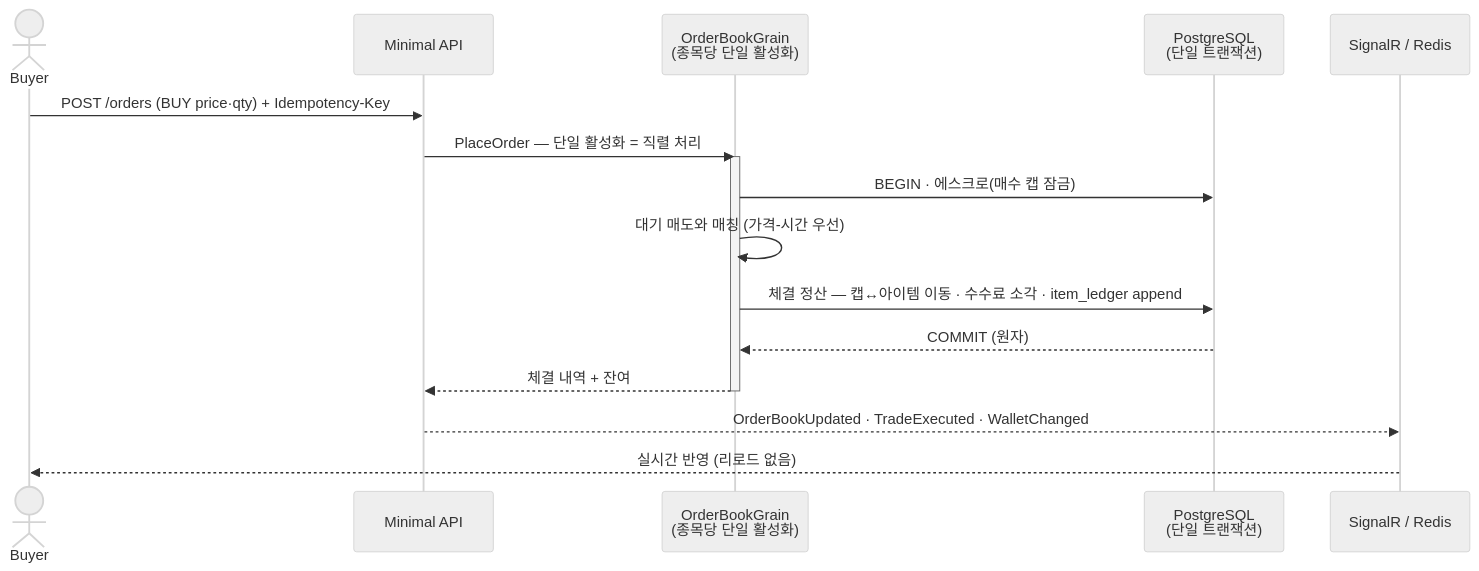
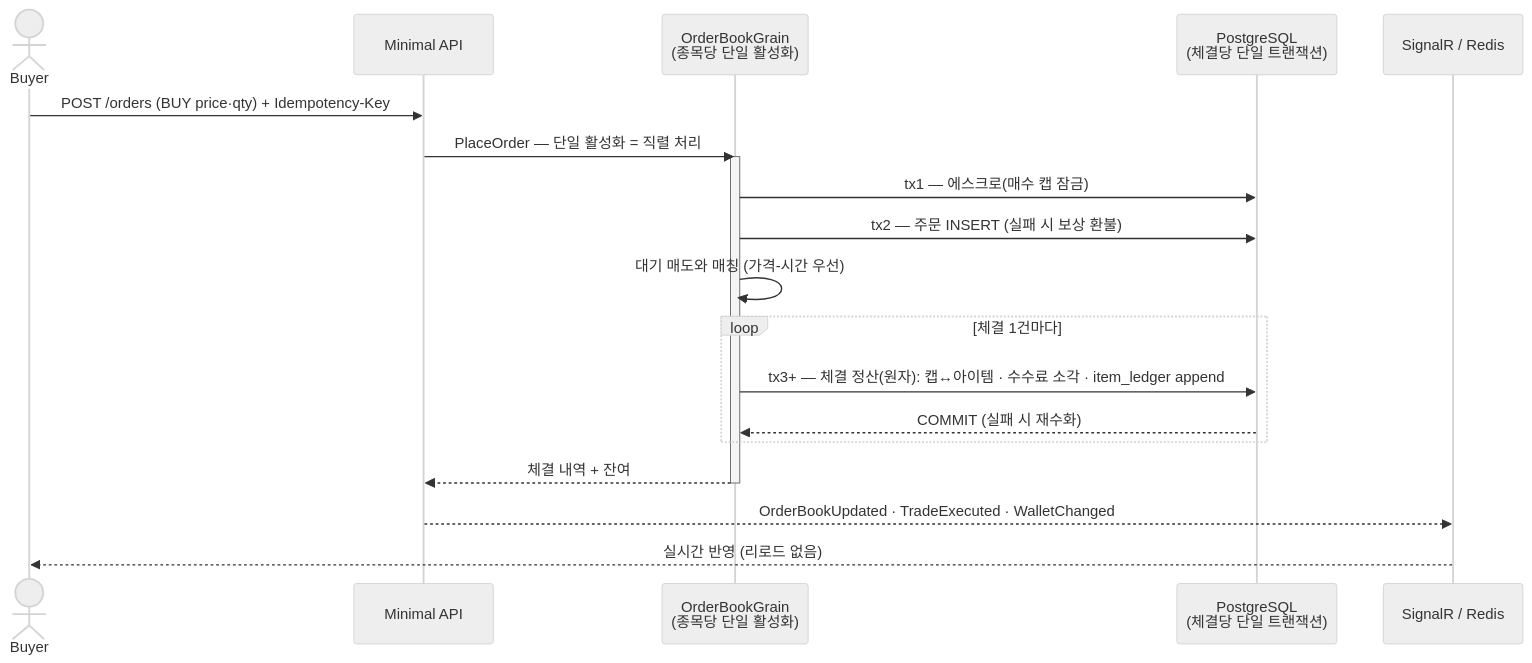
The second of 4 diagrams in README.md (HanHyunsoo/ItemMarket), drawn with Mermaid (neutral theme) before and after one commit. The commit also changed other lines of this file, not shown here.

````diff
--- a/README.md
+++ b/README.md
@@ -111,20 +119,23 @@
 ```mermaid
 sequenceDiagram
   actor Buyer
   participant API as Minimal API
   participant OB as OrderBookGrain<br/>(종목당 단일 활성화)
-  participant DB as PostgreSQL<br/>(단일 트랜잭션)
+  participant DB as PostgreSQL<br/>(체결당 단일 트랜잭션)
   participant Hub as SignalR / Redis
 
   Buyer->>API: POST /orders (BUY price·qty) + Idempotency-Key
   API->>OB: PlaceOrder — 단일 활성화 = 직렬 처리
   activate OB
-  OB->>DB: BEGIN · 에스크로(매수 캡 잠금)
+  OB->>DB: tx1 — 에스크로(매수 캡 잠금)
+  OB->>DB: tx2 — 주문 INSERT (실패 시 보상 환불)
   OB->>OB: 대기 매도와 매칭 (가격-시간 우선)
-  OB->>DB: 체결 정산 — 캡↔아이템 이동 · 수수료 소각 · item_ledger append
-  DB-->>OB: COMMIT (원자)
+  loop 체결 1건마다
+    OB->>DB: tx3+ — 체결 정산(원자): 캡↔아이템 · 수수료 소각 · item_ledger append
+    DB-->>OB: COMMIT (실패 시 재수화)
+  end
   OB-->>API: 체결 내역 + 잔여
   deactivate OB
   API-->>Hub: OrderBookUpdated · TradeExecuted · WalletChanged
   Hub-->>Buyer: 실시간 반영 (리로드 없음)
 ```
````
